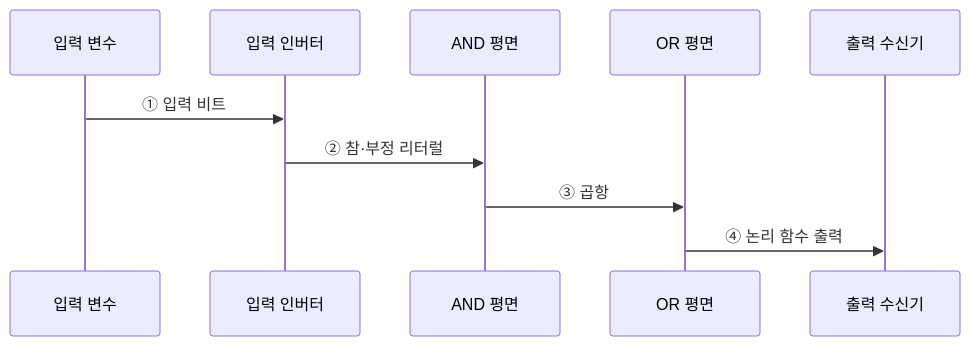
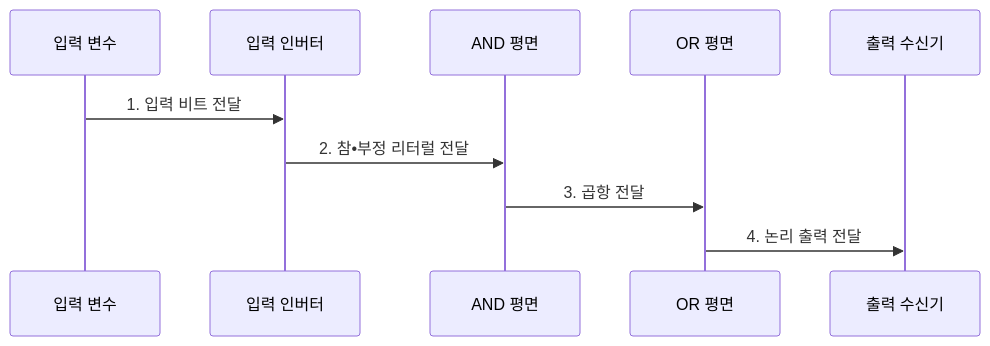
Before and after one commit to agnusdei1207/knowledge-base: the second of 3 diagrams in src/content/docs/notes/01-basic-theory/025_logic_gates_boolean.md, drawn with Mermaid. The commit also changed other lines of this file and 20 other files, not shown here.

````diff
--- a/src/content/docs/notes/01-basic-theory/025_logic_gates_boolean.md
+++ b/src/content/docs/notes/01-basic-theory/025_logic_gates_boolean.md
@@ -92,12 +97,12 @@
 ```mermaid
 sequenceDiagram
     participant V as 입력 변수
     participant I as 입력 인버터
     participant A as AND 평면
     participant O as OR 평면
     participant Y as 출력 수신기
-    V->>I: ① 입력 비트
-    I->>A: ② 참·부정 리터럴
-    A->>O: ③ 곱항
-    O->>Y: ④ 논리 함수 출력
+    V->>I: 1. 입력 비트 전달
+    I->>A: 2. 참•부정 리터럴 전달
+    A->>O: 3. 곱항 전달
+    O->>Y: 4. 논리 출력 전달
 ```
````
